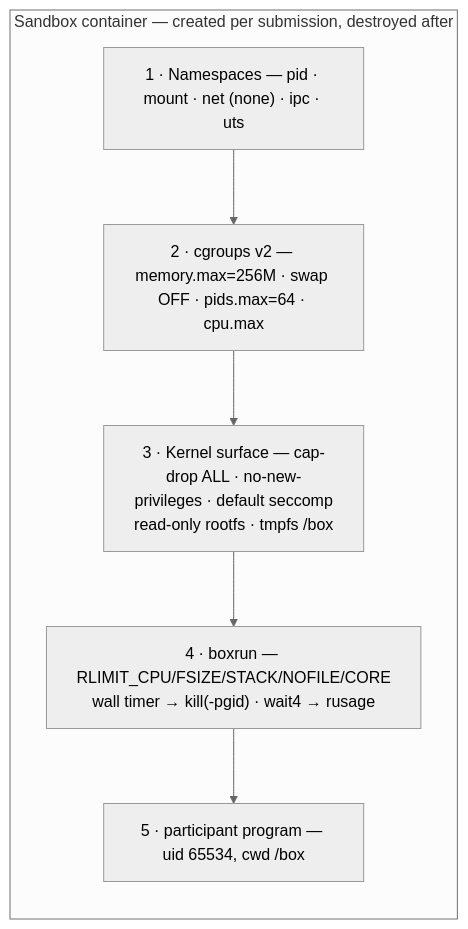
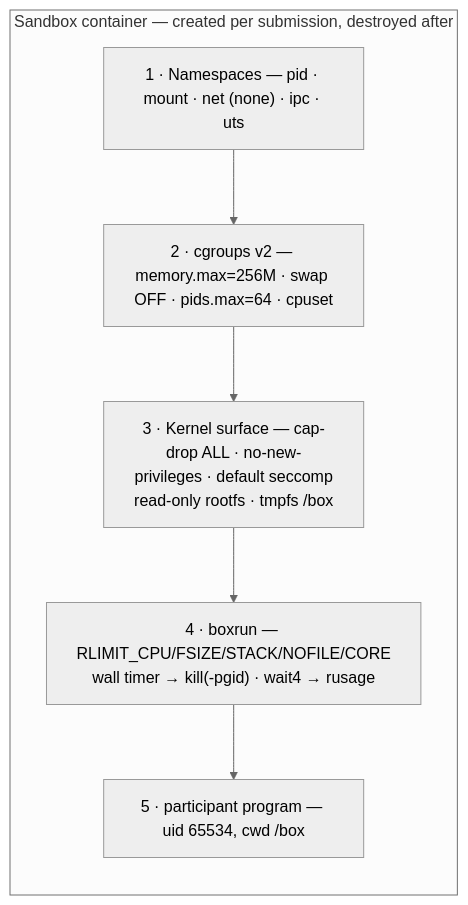
One commit to AnishPrakash/arena changed the third of 4 diagrams in README.md. Above: the diagram before and after it, drawn with Mermaid (neutral theme). The commit also changed other lines of this file and 1 other file, not shown here.

````diff
--- a/README.md
+++ b/README.md
@@ -150,12 +166,12 @@
 ```mermaid
 flowchart TB
     subgraph C["Sandbox container — created per submission, destroyed after"]
         direction TB
         L1["1 · Namespaces — pid · mount · net (none) · ipc · uts"]
-        L2["2 · cgroups v2 — memory.max=256M · swap OFF · pids.max=64 · cpu.max"]
+        L2["2 · cgroups v2 — memory.max=256M · swap OFF · pids.max=64 · cpuset"]
         L3["3 · Kernel surface — cap-drop ALL · no-new-privileges · default seccomp<br/>read-only rootfs · tmpfs /box"]
         L4["4 · boxrun — RLIMIT_CPU/FSIZE/STACK/NOFILE/CORE<br/>wall timer → kill(-pgid) · wait4 → rusage"]
         L5["5 · participant program — uid 65534, cwd /box"]
         L1 --> L2 --> L3 --> L4 --> L5
     end
 ```
````
